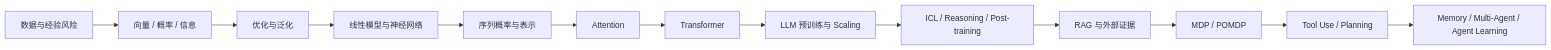
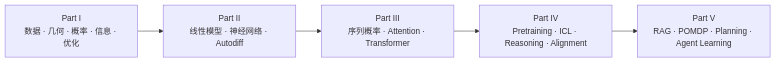
The diagram in README.md (Ethan-ai637/From_ML_to_Agent), drawn with Mermaid before and after one commit. The commit also changed other lines of this file, not shown here.

````diff
--- a/README.md
+++ b/README.md
@@ -19,15 +19,9 @@
 ```mermaid
 flowchart LR
-    A[数据与经验风险] --> B[向量 / 概率 / 信息]
-    B --> C[优化与泛化]
-    C --> D[线性模型与神经网络]
-    D --> E[序列概率与表示]
-    E --> F[Attention]
-    F --> G[Transformer]
-    G --> H[LLM 预训练与 Scaling]
-    H --> I[ICL / Reasoning / Post-training]
-    I --> J[RAG 与外部证据]
-    J --> K[MDP / POMDP]
-    K --> L[Tool Use / Planning]
-    L --> M[Memory / Multi-Agent / Agent Learning]
+    A[Part I<br/>数据 · 几何 · 概率 · 信息 · 优化]
+    B[Part II<br/>线性模型 · 神经网络 · Autodiff]
+    C[Part III<br/>序列概率 · Attention · Transformer]
+    D[Part IV<br/>Pretraining · ICL · Reasoning · Alignment]
+    E[Part V<br/>RAG · POMDP · Planning · Agent Learning]
+    A --> B --> C --> D --> E
 ```
````
